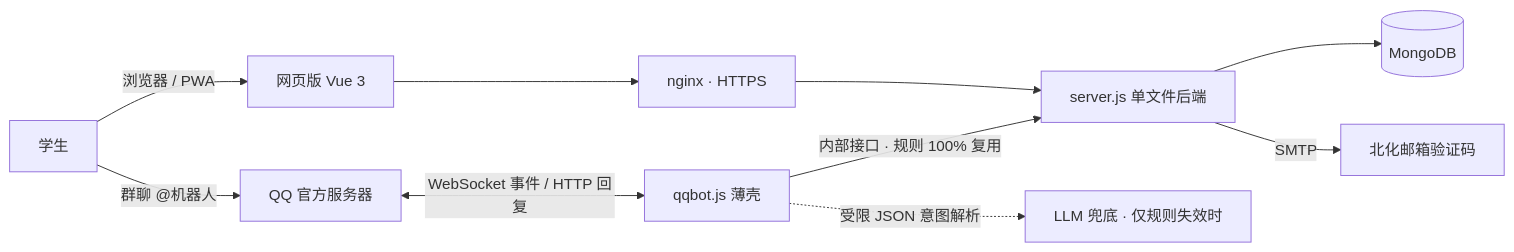
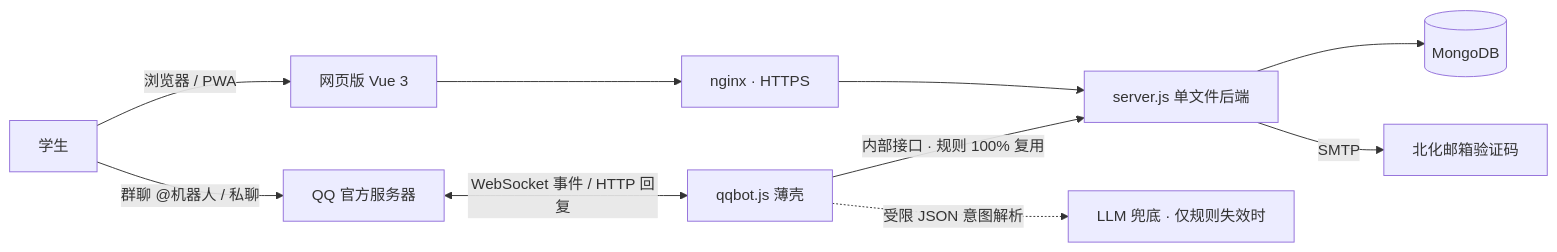
One commit to Prom1seCN/BHTXwebot changed the diagram in README.md. Above: the diagram before and after it, drawn with Mermaid. The commit also changed other lines of this file, not shown here.

````diff
--- a/README.md
+++ b/README.md
@@ -76,12 +82,12 @@
 ```mermaid
 flowchart LR
     U[学生] -->|浏览器 / PWA| W[网页版 Vue 3]
-    U -->|群聊 @机器人| Q[QQ 官方服务器]
+    U -->|群聊 @机器人 / 私聊| Q[QQ 官方服务器]
     Q <-- WebSocket 事件 / HTTP 回复 --> B[qqbot.js 薄壳]
     W --> N[nginx · HTTPS]
     N --> S[server.js 单文件后端]
     B -->|内部接口 · 规则 100% 复用| S
     S --> M[(MongoDB)]
     S -->|SMTP| E[北化邮箱验证码]
     B -.受限 JSON 意图解析.-> L[LLM 兜底 · 仅规则失效时]
 ```
````
